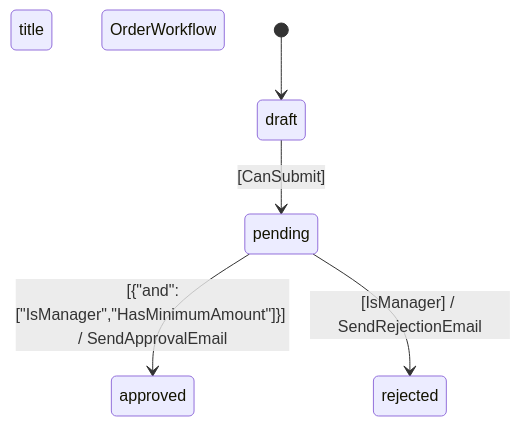
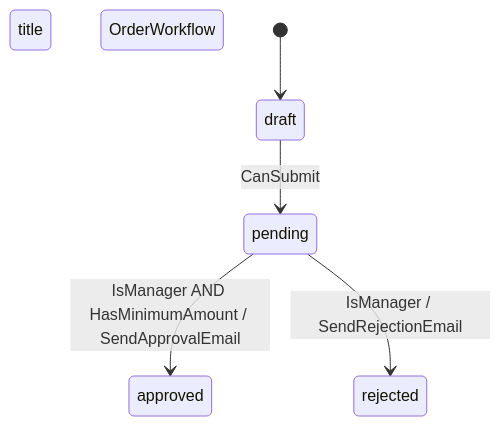
The diagram in docs/CONSOLE_COMMANDS.md (Grazulex/laravel-statecraft), drawn with Mermaid before and after one commit. The commit also changed other lines of this file and 2 other files, not shown here.

````diff
--- a/docs/CONSOLE_COMMANDS.md
+++ b/docs/CONSOLE_COMMANDS.md
@@ -119,15 +119,15 @@
 ```mermaid
 stateDiagram-v2
     title OrderWorkflow
 
     [*] --> draft
-    draft --> pending : [CanSubmit]
-    pending --> approved : [{"and":["IsManager","HasMinimumAmount"]}] / SendApprovalEmail
-    pending --> rejected : [IsManager] / SendRejectionEmail
+    draft --> pending : CanSubmit
+    pending --> approved : IsManager AND HasMinimumAmount / SendApprovalEmail
+    pending --> rejected : IsManager / SendRejectionEmail
 
     %% State descriptions
     draft : draft
     pending : pending
     approved : approved
     rejected : rejected
 ```
````
